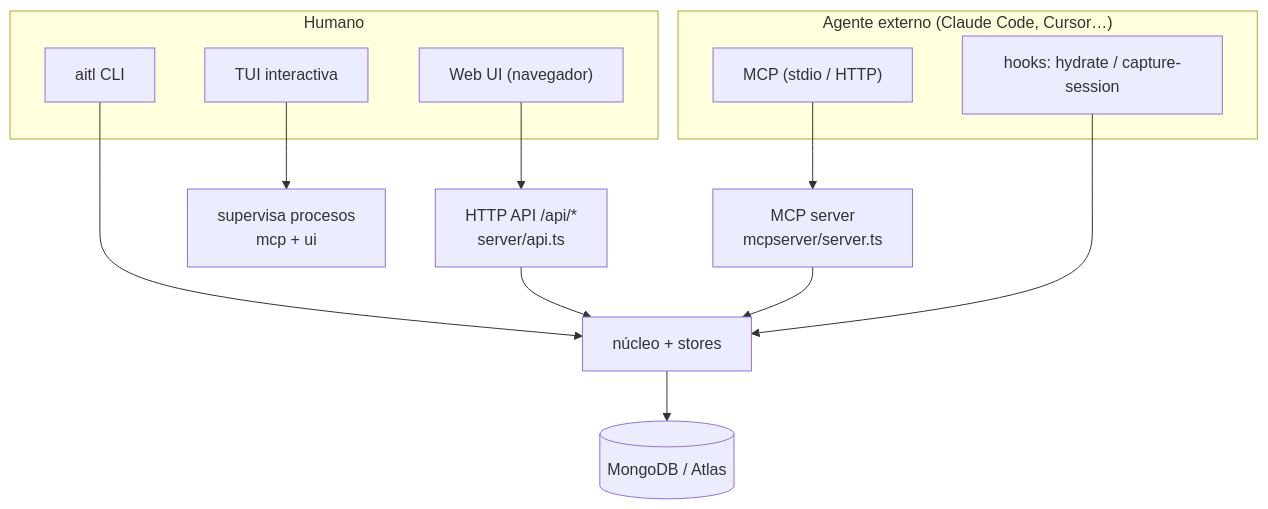
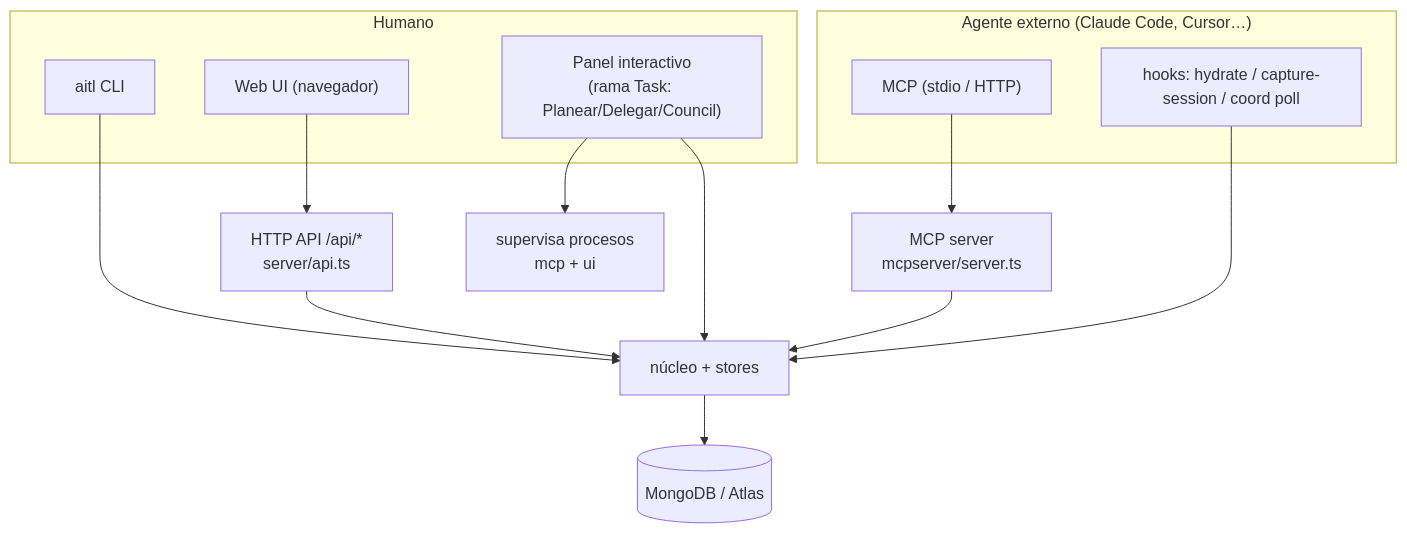
One commit to eversuelo/aitl-harness-mcp changed diagram 12 of 14 in docs/ARQUITECTURA.md. Above: the diagram before and after it, drawn with Mermaid. The commit also changed other lines of this file and 16 other files, not shown here.

First line of the commit message:
docs: consolidate architecture docs (P10, ADR-0057) — one canonical + attic

````diff
--- a/docs/ARQUITECTURA.md
+++ b/docs/ARQUITECTURA.md
@@ -454,19 +481,20 @@
 ```mermaid
 flowchart TB
     subgraph HUMANO["Humano"]
         T1["aitl CLI"]
         T2["Web UI (navegador)"]
-        T3["TUI interactiva"]
+        T3["Panel interactivo<br/>(rama Task: Planear/Delegar/Council)"]
     end
     subgraph AGENTE["Agente externo (Claude Code, Cursor…)"]
         A1["MCP (stdio / HTTP)"]
-        A2["hooks: hydrate / capture-session"]
+        A2["hooks: hydrate / capture-session / coord poll"]
     end
 
     T1 --> CORE2["núcleo + stores"]
     T2 --> APIH["HTTP API /api/*<br/>server/api.ts"] --> CORE2
     T3 --> SUP["supervisa procesos<br/>mcp + ui"]
+    T3 --> CORE2
     A1 --> MCPS["MCP server<br/>mcpserver/server.ts"] --> CORE2
     A2 --> CORE2
     CORE2 --> DB2[("MongoDB / Atlas")]
 ```
````
